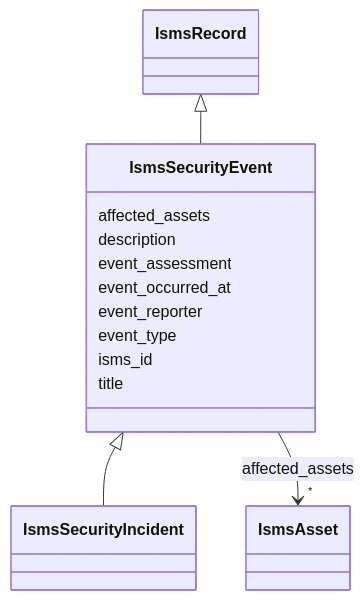
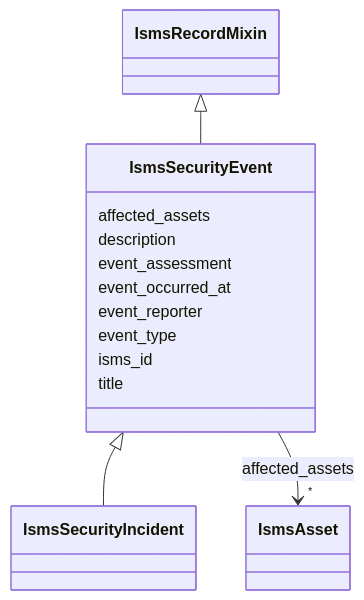
The diagram in project/mermaid/IsmsSecurityEvent.md (lmodel/iso27001), drawn with Mermaid before and after one commit. The commit also changed 171 other files, not shown here.

Commit message:
refactor(schema): make the record base a mixin so adapt can root records

````diff
--- a/project/mermaid/IsmsSecurityEvent.md
+++ b/project/mermaid/IsmsSecurityEvent.md
@@ -4,39 +4,39 @@
 ```mermaid
  classDiagram
     class IsmsSecurityEvent
     click IsmsSecurityEvent href "../IsmsSecurityEvent"
-      IsmsRecord <|-- IsmsSecurityEvent
-        click IsmsRecord href "../IsmsRecord"
+      IsmsRecordMixin <|-- IsmsSecurityEvent
+        click IsmsRecordMixin href "../IsmsRecordMixin"
       
 
       IsmsSecurityEvent <|-- IsmsSecurityIncident
         click IsmsSecurityIncident href "../IsmsSecurityIncident"
       
 
       IsmsSecurityEvent : affected_assets
         
           
     
         
         
         IsmsSecurityEvent --> "*" IsmsAsset : affected_assets
         click IsmsAsset href "../IsmsAsset"
     
 
         
       IsmsSecurityEvent : description
         
       IsmsSecurityEvent : event_assessment
         
       IsmsSecurityEvent : event_occurred_at
         
       IsmsSecurityEvent : event_reporter
         
       IsmsSecurityEvent : event_type
         
       IsmsSecurityEvent : isms_id
         
       IsmsSecurityEvent : title
         
       
 ```
````
